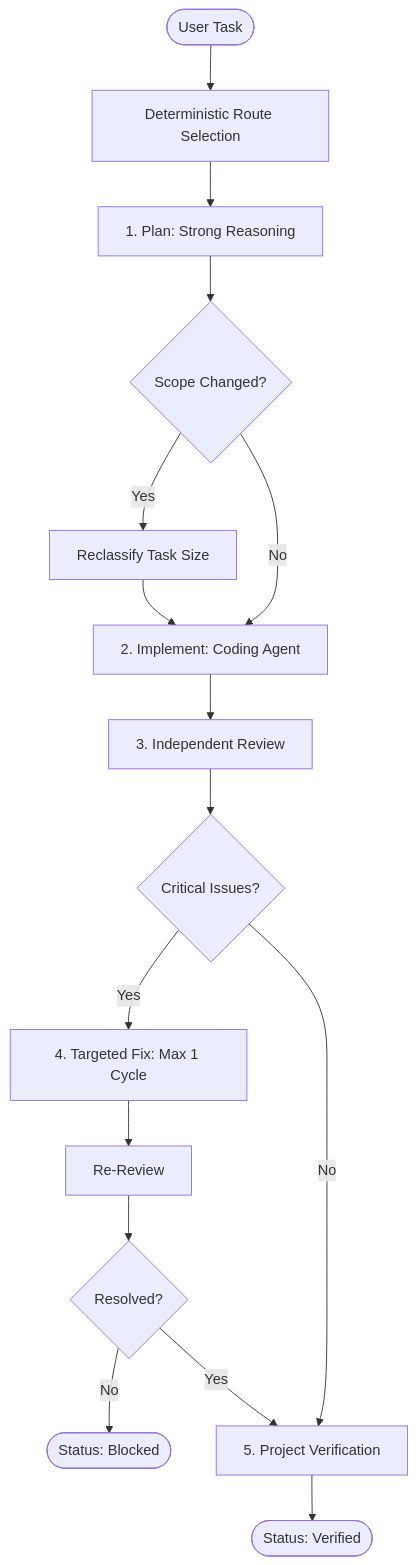
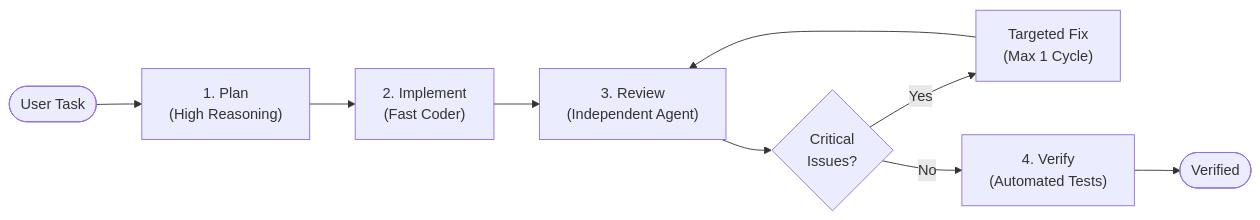
One commit to tamourax/Adaptive-Director-Skill changed the diagram in README.md. Above: the diagram before and after it, drawn with Mermaid. The commit also changed other lines of this file and 1 other file, not shown here.

````diff
--- a/README.md
+++ b/README.md
@@ -171,18 +35,11 @@
 ```mermaid
-flowchart TD
-    Task([User Task]) --> Route[Deterministic Route Selection]
-    Route --> Plan[1. Plan: Strong Reasoning]
-    Plan --> CheckScope{Scope Changed?}
-    CheckScope -- Yes --> Reclassify[Reclassify Task Size]
-    CheckScope -- No --> Impl[2. Implement: Coding Agent]
-    Reclassify --> Impl
-    Impl --> Review[3. Independent Review]
-    Review --> SeverityCheck{Critical Issues?}
-    SeverityCheck -- Yes --> Fix[4. Targeted Fix: Max 1 Cycle]
-    Fix --> ReReview[Re-Review]
-    ReReview --> FinalGate{Resolved?}
-    FinalGate -- No --> Blocked([Status: Blocked])
-    SeverityCheck -- No --> Verify[5. Project Verification]
-    FinalGate -- Yes --> Verify
-    Verify --> Verified([Status: Verified])
+flowchart LR
+    Task([User Task]) --> Plan["1. Plan<br/>(High Reasoning)"]
+    Plan --> Impl["2. Implement<br/>(Fast Coder)"]
+    Impl --> Rev["3. Review<br/>(Independent Agent)"]
+    Rev --> Gate{"Critical<br/>Issues?"}
+    Gate -- Yes --> Fix["Targeted Fix<br/>(Max 1 Cycle)"]
+    Fix --> Rev
+    Gate -- No --> Ver["4. Verify<br/>(Automated Tests)"]
+    Ver --> Done([Verified])
 ```
````
